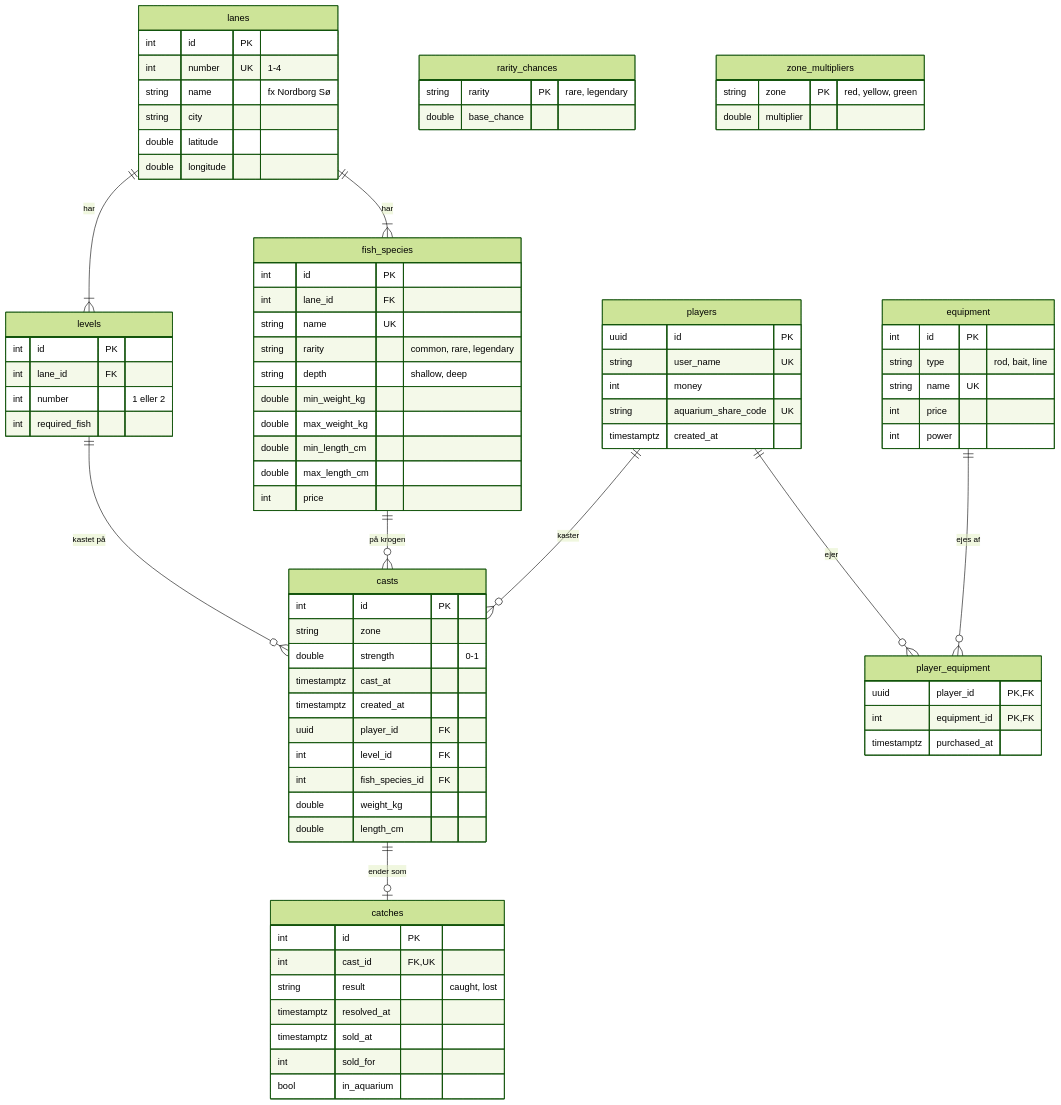
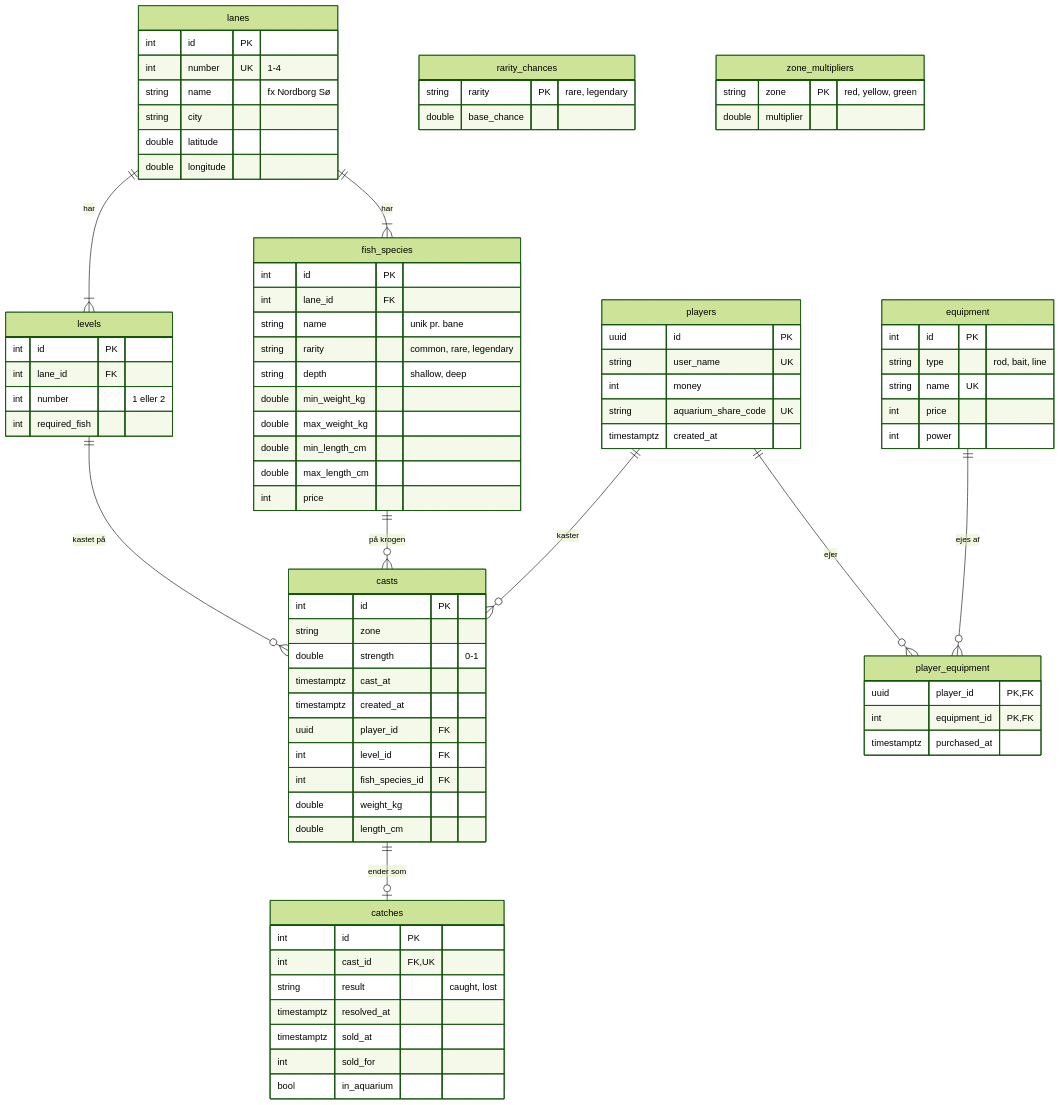
One commit to Mercantec-GHC/H3-Online-ByteBait changed the diagram in docs/data-model.md. Above: the diagram before and after it, drawn with Mermaid (forest theme). The commit also changed other lines of this file and 17 other files, not shown here.

```diff
--- a/docs/data-model.md
+++ b/docs/data-model.md
@@ -34,7 +34,7 @@
     fish_species {
         int id PK
         int lane_id FK
-        string name UK
+        string name "unik pr. bane"
         string rarity "common, rare, legendary"
         string depth "shallow, deep"
         double min_weight_kg
```
